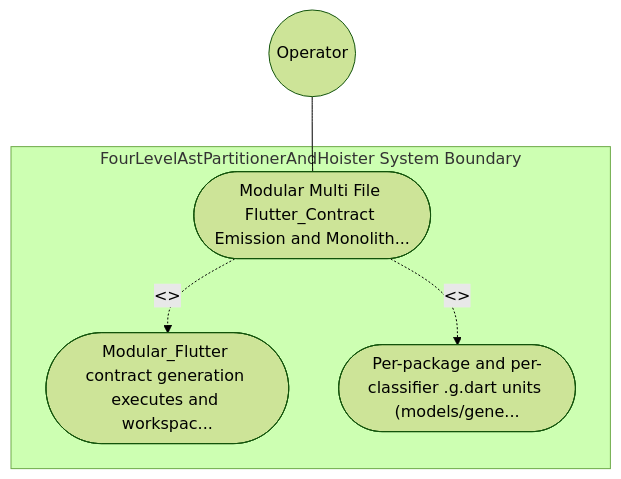
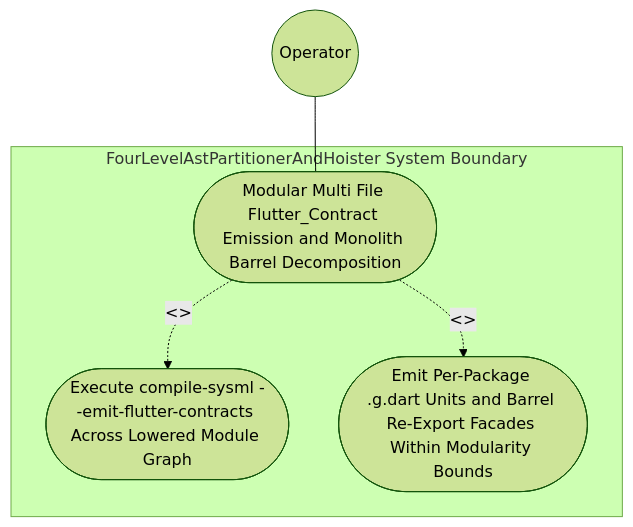
One commit to gintatkinson/DEAP01-spec-core changed the diagram in .pipeline/upstream/docs/use-cases/UC-35-Modular_Multi_File_Flutter_Contract_Emission_and_Monolith_Barrel_Decomposition.md. Above: the diagram before and after it, drawn with Mermaid (forest theme). The commit also changed other lines of this file and 225 other files, not shown here.

````diff
--- a/.pipeline/upstream/docs/use-cases/UC-35-Modular_Multi_File_Flutter_Contract_Emission_and_Monolith_Barrel_Decomposition.md
+++ b/.pipeline/upstream/docs/use-cases/UC-35-Modular_Multi_File_Flutter_Contract_Emission_and_Monolith_Barrel_Decomposition.md
@@ -16,11 +16,11 @@
 ```mermaid
 graph TD
     subgraph "FourLevelAstPartitionerAndHoister System Boundary"
-        UC_Main(["Modular Multi File Flutter_Contract Emission and Monolith..."])
-        UC_Step01(["Modular_Flutter contract generation executes and workspac..."])
-        UC_Step02(["Per-package and per-classifier .g.dart units (models/gene..."])
+        UC_Main(["Modular Multi File Flutter_Contract Emission and Monolith Barrel Decomposition"])
+        UC_Step01(["Execute compile-sysml --emit-flutter-contracts Across Lowered Module Graph"])
+        UC_Step02(["Emit Per-Package .g.dart Units and Barrel Re-Export Facades Within Modularity Bounds"])
     end
     Operator(("Operator")) --- UC_Main
     UC_Main -. "<<include>>" .-> UC_Step01
     UC_Main -. "<<include>>" .-> UC_Step02
 ```
````
